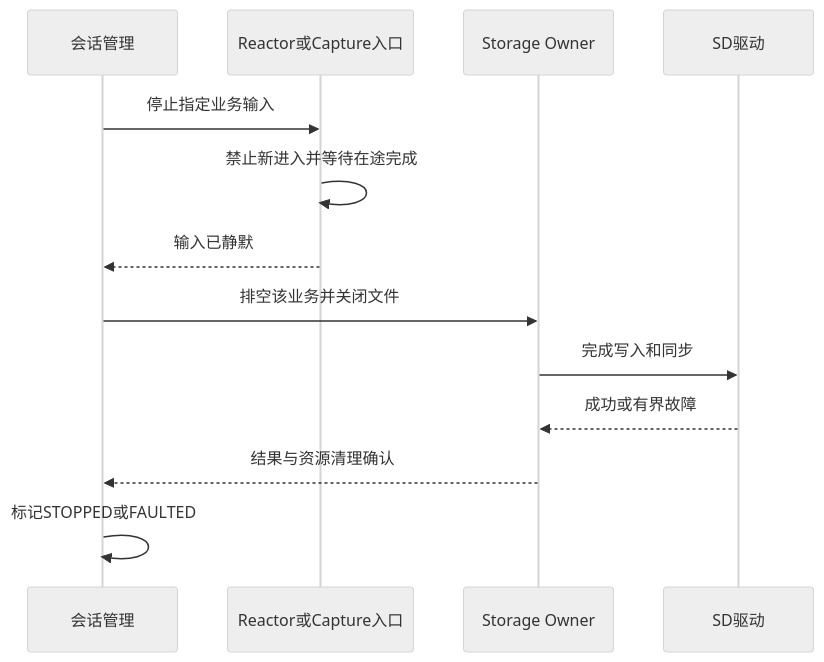
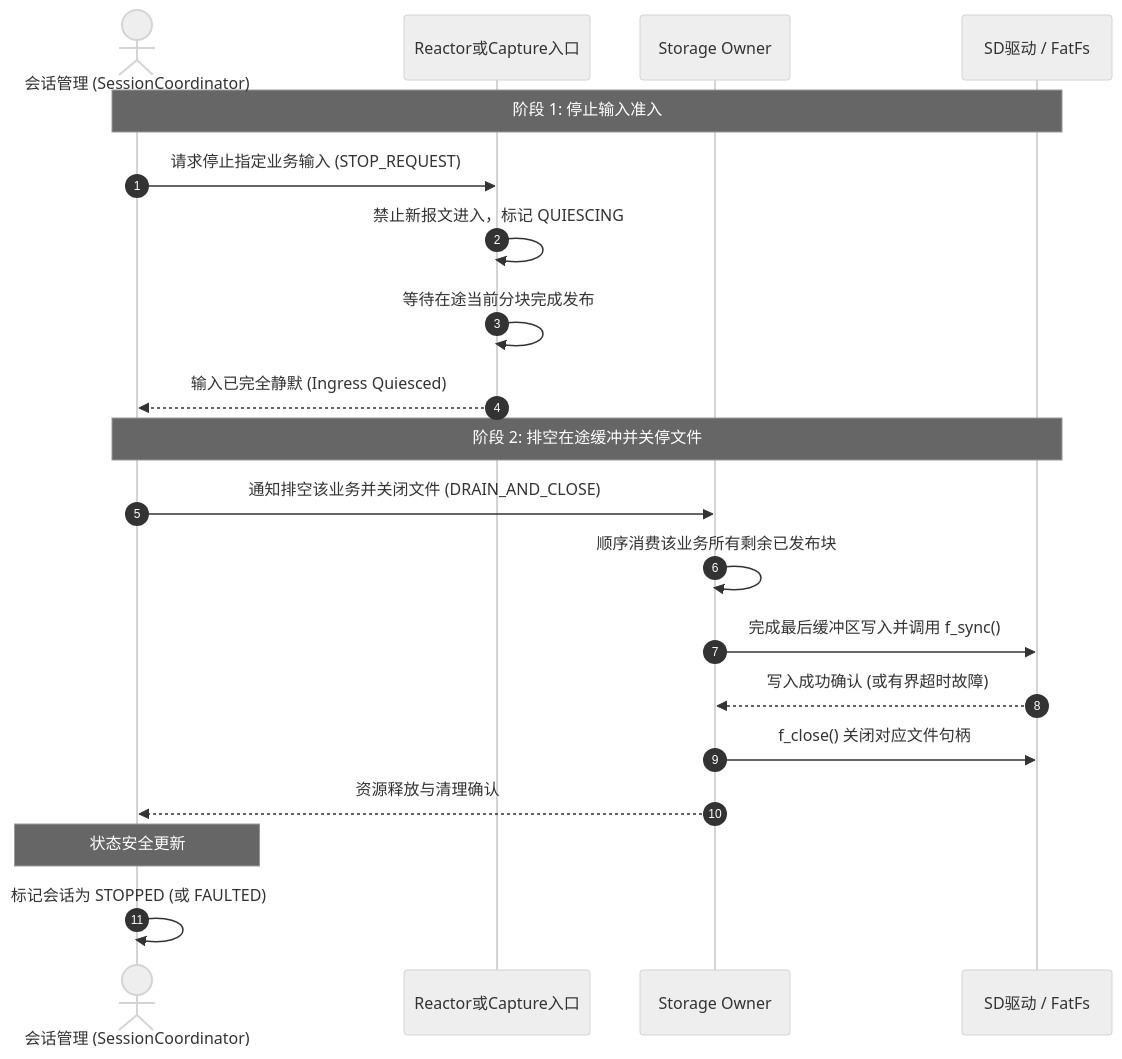
The sixth of 12 diagrams in embedded-systems/modemlog/03-modem-complete-mermaid-flows.md (luckyJimLu/system-design-notes), drawn with Mermaid (neutral theme) before and after one commit. The commit also changed other lines of this file and 19 other files, not shown here.

First line of the commit message:
docs: update modem flows and system documentation

````diff
--- a/embedded-systems/modemlog/03-modem-complete-mermaid-flows.md
+++ b/embedded-systems/modemlog/03-modem-complete-mermaid-flows.md
@@ -87,15 +181,25 @@
 ```mermaid
 sequenceDiagram
-    participant manager as 会话管理
-    participant producer as Reactor或Capture入口
-    participant storage as Storage Owner
-    participant disk as SD驱动
-    manager->>producer: 停止指定业务输入
-    producer->>producer: 禁止新进入并等待在途完成
-    producer-->>manager: 输入已静默
-    manager->>storage: 排空该业务并关闭文件
-    storage->>disk: 完成写入和同步
-    disk-->>storage: 成功或有界故障
-    storage-->>manager: 结果与资源清理确认
-    manager->>manager: 标记STOPPED或FAULTED
+    autonumber
+    actor Manager as 会话管理 (SessionCoordinator)
+    participant Producer as Reactor或Capture入口
+    participant Storage as Storage Owner
+    participant Disk as SD驱动 / FatFs
+
+    Note over Manager,Disk: 阶段 1: 停止输入准入
+    Manager->>Producer: 请求停止指定业务输入 (STOP_REQUEST)
+    Producer->>Producer: 禁止新报文进入，标记 QUIESCING
+    Producer->>Producer: 等待在途当前分块完成发布
+    Producer-->>Manager: 输入已完全静默 (Ingress Quiesced)
+
+    Note over Manager,Disk: 阶段 2: 排空在途缓冲并关停文件
+    Manager->>Storage: 通知排空该业务并关闭文件 (DRAIN_AND_CLOSE)
+    Storage->>Storage: 顺序消费该业务所有剩余已发布块
+    Storage->>Disk: 完成最后缓冲区写入并调用 f_sync()
+    Disk-->>Storage: 写入成功确认 (或有界超时故障)
+    Storage->>Disk: f_close() 关闭对应文件句柄
+    Storage-->>Manager: 资源释放与清理确认
+
+    Note over Manager: 状态安全更新
+    Manager->>Manager: 标记会话为 STOPPED (或 FAULTED)
 ```
````
